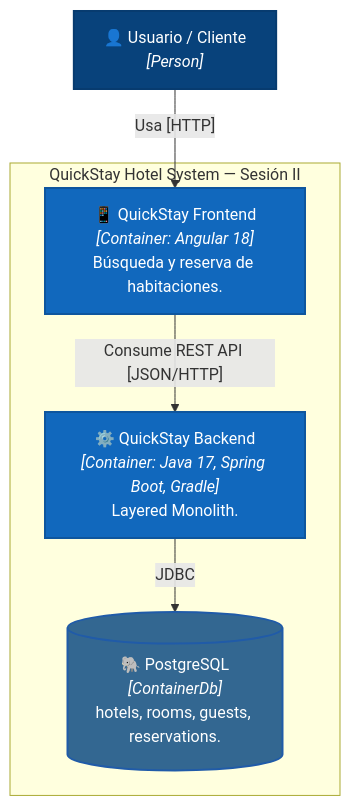
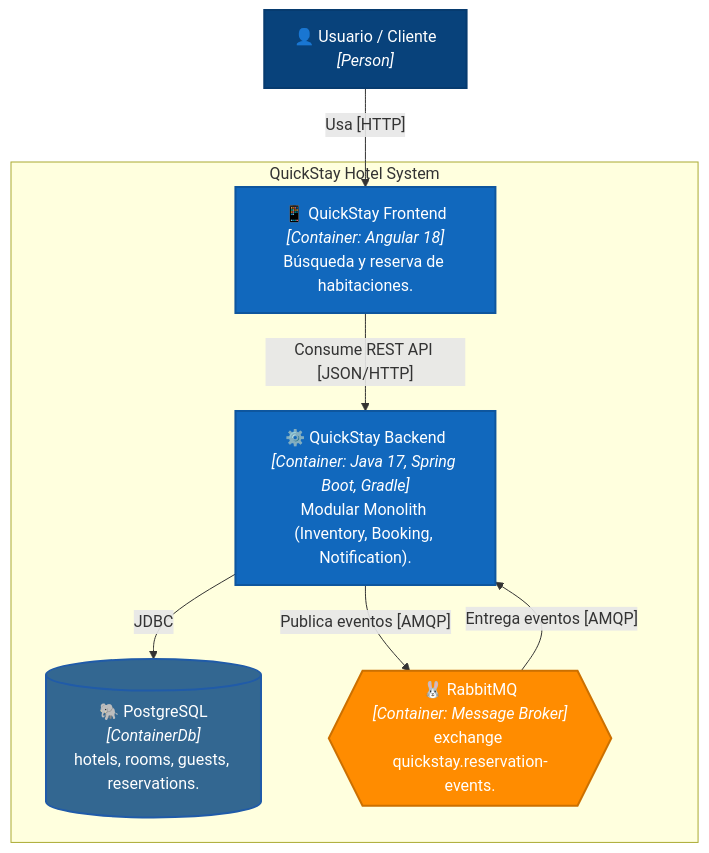
Before and after one commit to robertoq17/quickstay-hotel: the second of 3 diagrams in README.md, drawn with Mermaid. The commit also changed other lines of this file and 58 other files, not shown here.

First line of the commit message:
event-driven communication between Booking and Notification

````diff
--- a/README.md
+++ b/README.md
@@ -150,22 +235,27 @@
 ```mermaid
 graph TD
     user["👤 Usuario / Cliente<br/><i>[Person]</i>"]
 
-    subgraph SystemBoundary["QuickStay Hotel System — Sesión II"]
+    subgraph SystemBoundary["QuickStay Hotel System"]
         frontend["📱 QuickStay Frontend<br/><i>[Container: Angular 18]</i><br/>Búsqueda y reserva de habitaciones."]
-        backend["⚙️ QuickStay Backend<br/><i>[Container: Java 17, Spring Boot, Gradle]</i><br/>Layered Monolith."]
+        backend["⚙️ QuickStay Backend<br/><i>[Container: Java 17, Spring Boot, Gradle]</i><br/>Modular Monolith (Inventory, Booking, Notification)."]
         database[("🐘 PostgreSQL<br/><i>[ContainerDb]</i><br/>hotels, rooms, guests, reservations.")]
+        broker{{"🐰 RabbitMQ<br/><i>[Container: Message Broker]</i><br/>exchange quickstay.reservation-events."}}
     end
 
     user -->|"Usa [HTTP]"| frontend
     frontend -->|"Consume REST API [JSON/HTTP]"| backend
     backend -->|"JDBC"| database
+    backend -->|"Publica eventos [AMQP]"| broker
+    broker -->|"Entrega eventos [AMQP]"| backend
 
     classDef person fill:#08427b,color:#fff,stroke:#073b6f,stroke-width:2px;
     classDef container fill:#1168bd,color:#fff,stroke:#0e569e,stroke-width:2px;
     classDef db fill:#336791,color:#fff,stroke:#205ba8,stroke-width:2px;
+    classDef broker fill:#ff8c00,color:#fff,stroke:#cc7000,stroke-width:2px;
 
     class user person;
     class frontend,backend container;
     class database db;
+    class broker broker;
 ```
````
